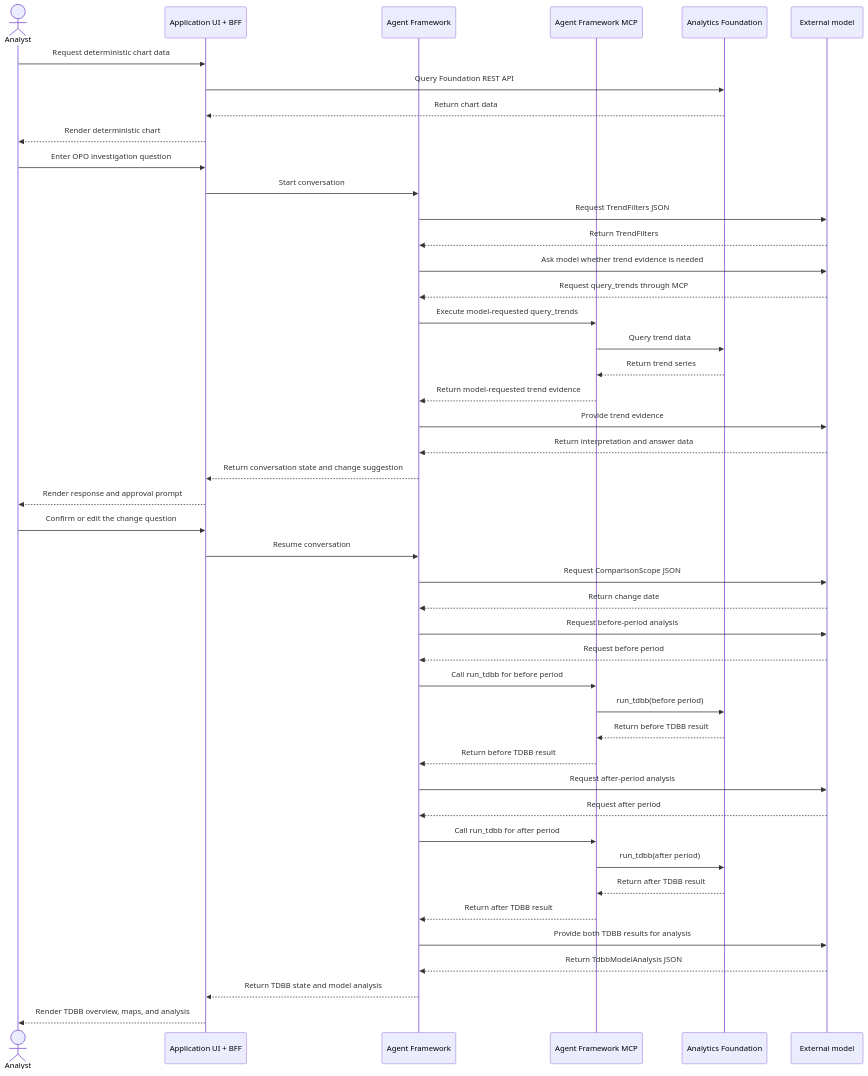
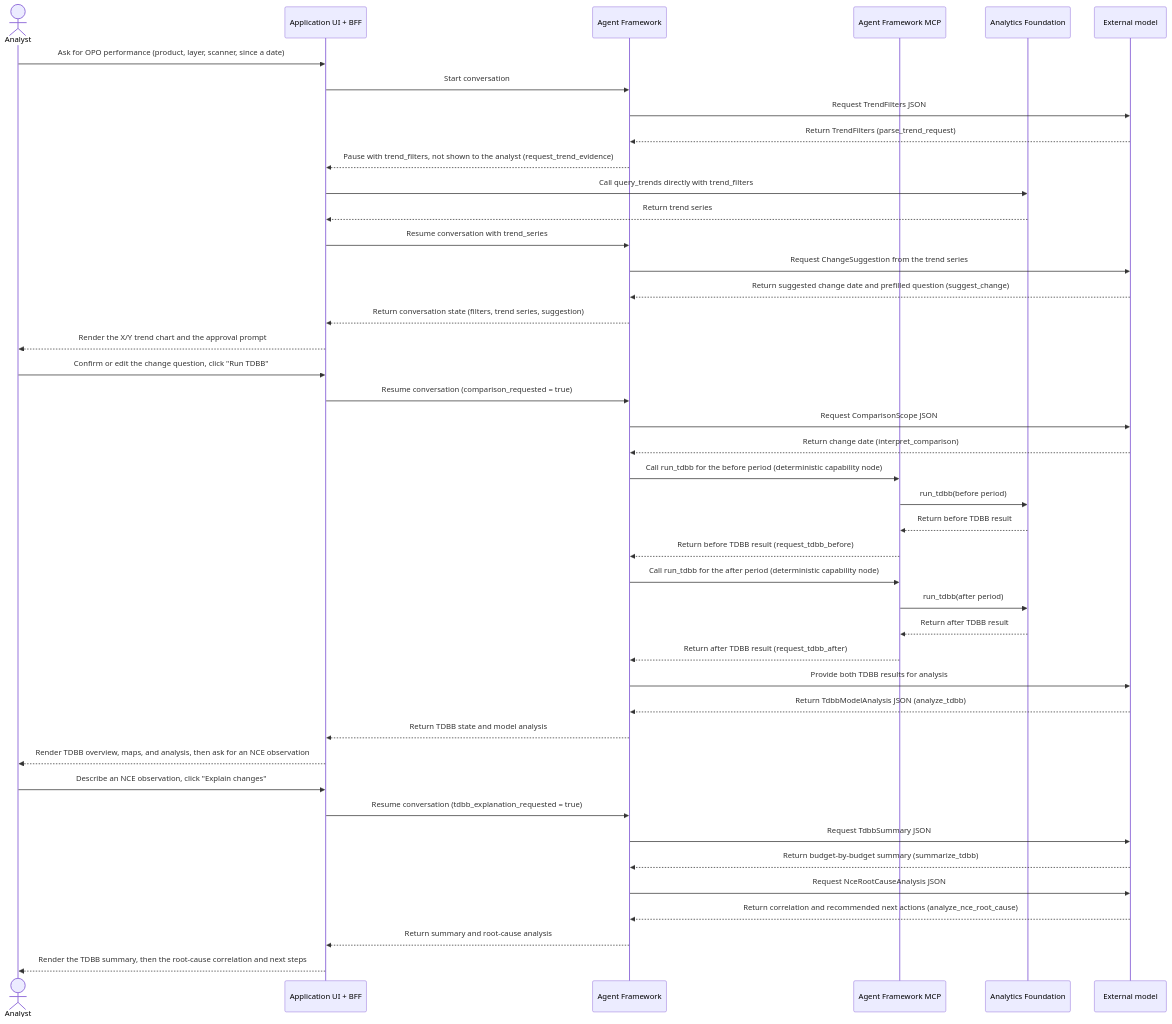
One commit to girishchanderkalia/analytics-agent-fwk changed the diagram in agents/opo-analysis-agent-v4/workflow-overview.md. Above: the diagram before and after it, drawn with Mermaid. The commit also changed other lines of this file and 4 other files, not shown here.

First line of the commit message:
v4 agent: resolve query_trends in the Application BFF, not the runtime

````diff
--- a/agents/opo-analysis-agent-v4/workflow-overview.md
+++ b/agents/opo-analysis-agent-v4/workflow-overview.md
@@ -22,50 +24,48 @@
 ```mermaid
 sequenceDiagram
   actor Analyst
   participant App as Application UI + BFF
   participant Runtime as Agent Framework
   participant MCP as Agent Framework MCP
   participant Foundation as Analytics Foundation
   participant External as External model
 
-  Analyst->>App: Request deterministic chart data
-  App->>Foundation: Query Foundation REST API
-  Foundation-->>App: Return chart data
-  App-->>Analyst: Render deterministic chart
-
-  Analyst->>App: Enter OPO investigation question
+  Analyst->>App: Ask for OPO performance (product, layer, scanner, since a date)
   App->>Runtime: Start conversation
   Runtime->>External: Request TrendFilters JSON
-  External-->>Runtime: Return TrendFilters
-  Runtime->>External: Ask model whether trend evidence is needed
-  External-->>Runtime: Request query_trends through MCP
-  Runtime->>MCP: Execute model-requested query_trends
-  MCP->>Foundation: Query trend data
-  Foundation-->>MCP: Return trend series
-  MCP-->>Runtime: Return model-requested trend evidence
-  Runtime->>External: Provide trend evidence
-  External-->>Runtime: Return interpretation and answer data
-  Runtime-->>App: Return conversation state and change suggestion
-  App-->>Analyst: Render response and approval prompt
+  External-->>Runtime: Return TrendFilters (parse_trend_request)
+  Runtime-->>App: Pause with trend_filters, not shown to the analyst (request_trend_evidence)
+  App->>Foundation: Call query_trends directly with trend_filters
+  Foundation-->>App: Return trend series
+  App->>Runtime: Resume conversation with trend_series
+  Runtime->>External: Request ChangeSuggestion from the trend series
+  External-->>Runtime: Return suggested change date and prefilled question (suggest_change)
+  Runtime-->>App: Return conversation state (filters, trend series, suggestion)
+  App-->>Analyst: Render the X/Y trend chart and the approval prompt
 
-  Analyst->>App: Confirm or edit the change question
-  App->>Runtime: Resume conversation
+  Analyst->>App: Confirm or edit the change question, click "Run TDBB"
+  App->>Runtime: Resume conversation (comparison_requested = true)
   Runtime->>External: Request ComparisonScope JSON
-  External-->>Runtime: Return change date
-  Runtime->>External: Request before-period analysis
-  External-->>Runtime: Request before period
-  Runtime->>MCP: Call run_tdbb for before period
+  External-->>Runtime: Return change date (interpret_comparison)
+  Runtime->>MCP: Call run_tdbb for the before period (deterministic capability node)
   MCP->>Foundation: run_tdbb(before period)
   Foundation-->>MCP: Return before TDBB result
-  MCP-->>Runtime: Return before TDBB result
-  Runtime->>External: Request after-period analysis
-  External-->>Runtime: Request after period
-  Runtime->>MCP: Call run_tdbb for after period
+  MCP-->>Runtime: Return before TDBB result (request_tdbb_before)
+  Runtime->>MCP: Call run_tdbb for the after period (deterministic capability node)
   MCP->>Foundation: run_tdbb(after period)
   Foundation-->>MCP: Return after TDBB result
-  MCP-->>Runtime: Return after TDBB result
+  MCP-->>Runtime: Return after TDBB result (request_tdbb_after)
   Runtime->>External: Provide both TDBB results for analysis
-  External-->>Runtime: Return TdbbModelAnalysis JSON
+  External-->>Runtime: Return TdbbModelAnalysis JSON (analyze_tdbb)
   Runtime-->>App: Return TDBB state and model analysis
-  App-->>Analyst: Render TDBB overview, maps, and analysis
+  App-->>Analyst: Render TDBB overview, maps, and analysis, then ask for an NCE observation
+
+  Analyst->>App: Describe an NCE observation, click "Explain changes"
+  App->>Runtime: Resume conversation (tdbb_explanation_requested = true)
+  Runtime->>External: Request TdbbSummary JSON
+  External-->>Runtime: Return budget-by-budget summary (summarize_tdbb)
+  Runtime->>External: Request NceRootCauseAnalysis JSON
+  External-->>Runtime: Return correlation and recommended next actions (analyze_nce_root_cause)
+  Runtime-->>App: Return summary and root-cause analysis
+  App-->>Analyst: Render the TDBB summary, then the root-cause correlation and next steps
 ```
````
